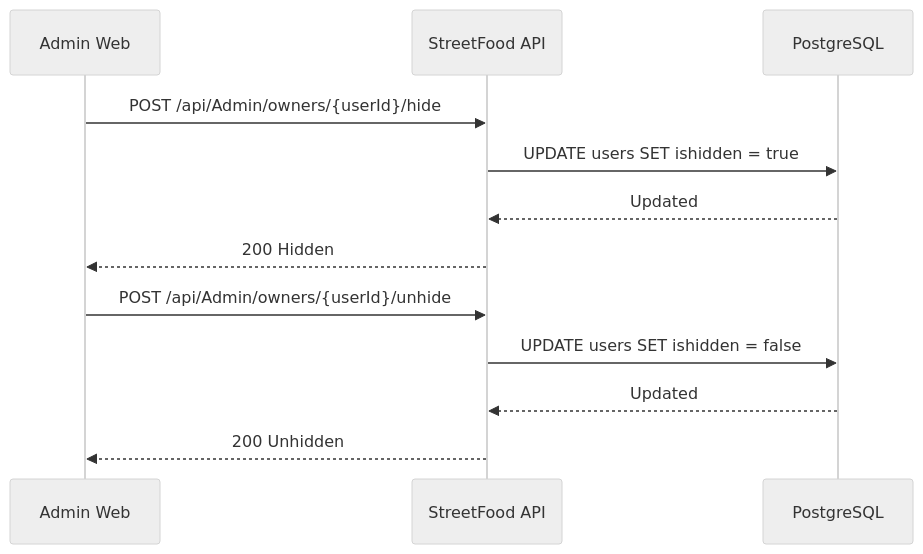
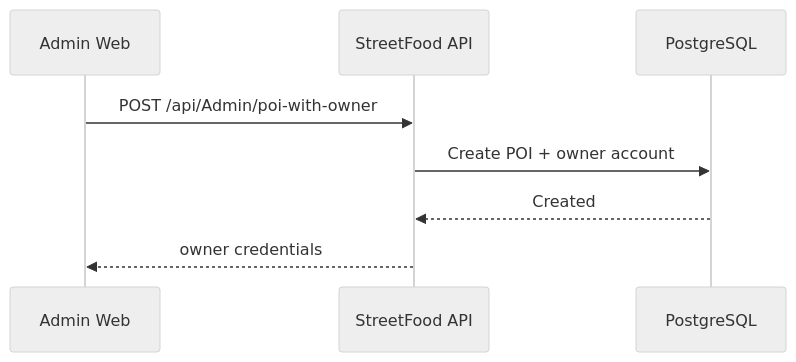
Before and after one commit to NguyenPhuc-Du/StreetFood: diagram 20 of 46 in prd.md, drawn with Mermaid (neutral theme). The commit also changed other lines of this file and 1 other file, not shown here.

````diff
--- a/prd.md
+++ b/prd.md
@@ -934,16 +944,10 @@
 ```mermaid
 sequenceDiagram
     participant A as Admin Web
     participant API as StreetFood API
     participant DB as PostgreSQL
-
-    A->>API: POST /api/Admin/owners/{userId}/hide
-    API->>DB: UPDATE users SET ishidden = true
-    DB-->>API: Updated
-    API-->>A: 200 Hidden
-
-    A->>API: POST /api/Admin/owners/{userId}/unhide
-    API->>DB: UPDATE users SET ishidden = false
-    DB-->>API: Updated
-    API-->>A: 200 Unhidden
+    A->>API: POST /api/Admin/poi-with-owner
+    API->>DB: Create POI + owner account
+    DB-->>API: Created
+    API-->>A: owner credentials
 ```
````
